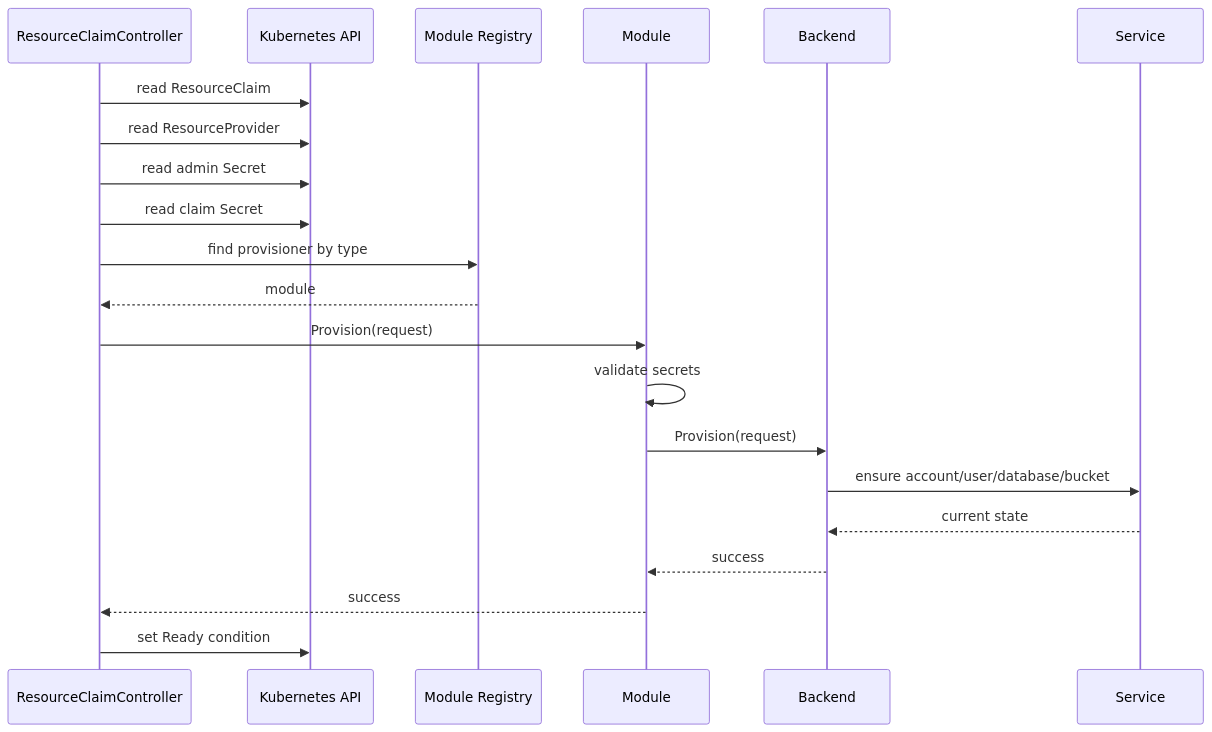
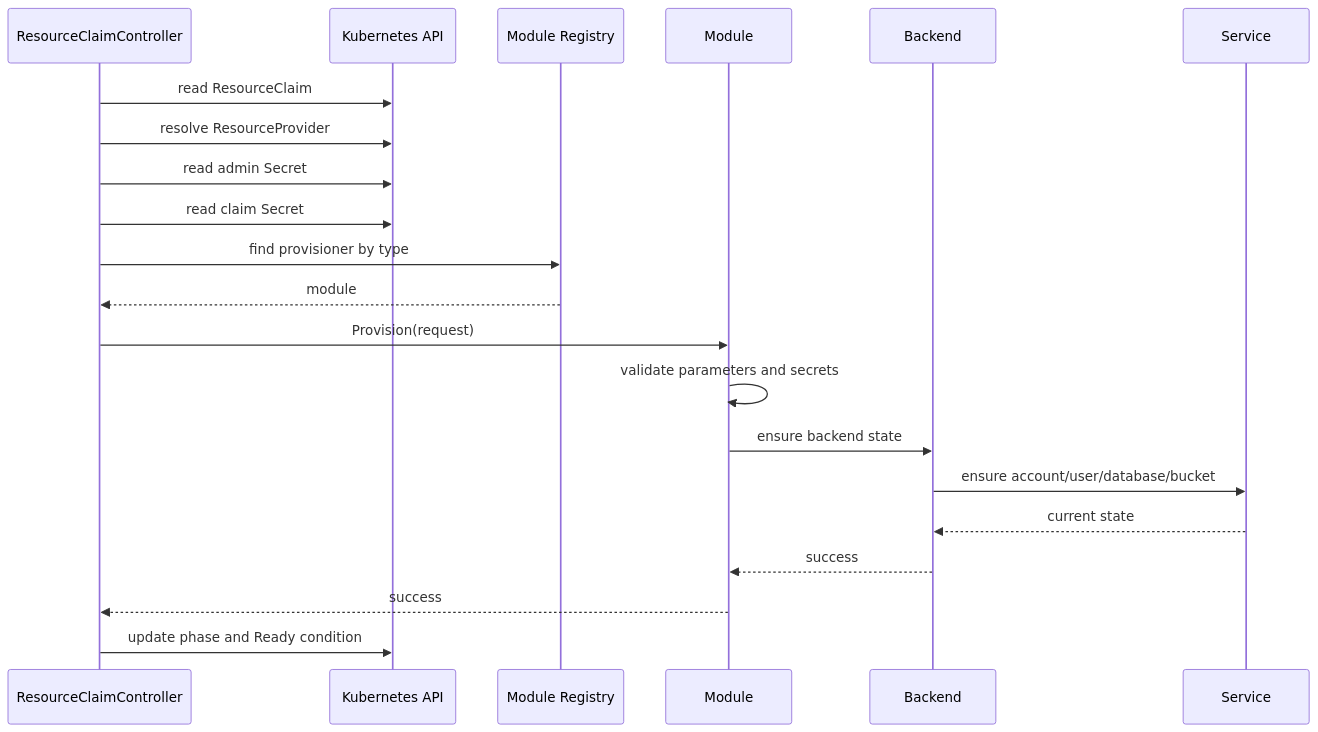
Before and after one commit to eclipse-xfsc/kubernetes-operator: the second of 3 diagrams in README.md, drawn with Mermaid. The commit also changed other lines of this file and 1 other file, not shown here.

````diff
--- a/README.md
+++ b/README.md
@@ -112,23 +283,23 @@
 ```mermaid
 sequenceDiagram
     participant R as ResourceClaimController
     participant K as Kubernetes API
     participant G as Module Registry
     participant M as Module
     participant B as Backend
     participant S as Service
     R->>K: read ResourceClaim
-    R->>K: read ResourceProvider
+    R->>K: resolve ResourceProvider
     R->>K: read admin Secret
     R->>K: read claim Secret
     R->>G: find provisioner by type
     G-->>R: module
     R->>M: Provision(request)
-    M->>M: validate secrets
-    M->>B: Provision(request)
+    M->>M: validate parameters and secrets
+    M->>B: ensure backend state
     B->>S: ensure account/user/database/bucket
     S-->>B: current state
     B-->>M: success
     M-->>R: success
-    R->>K: set Ready condition
+    R->>K: update phase and Ready condition
 ```
````
